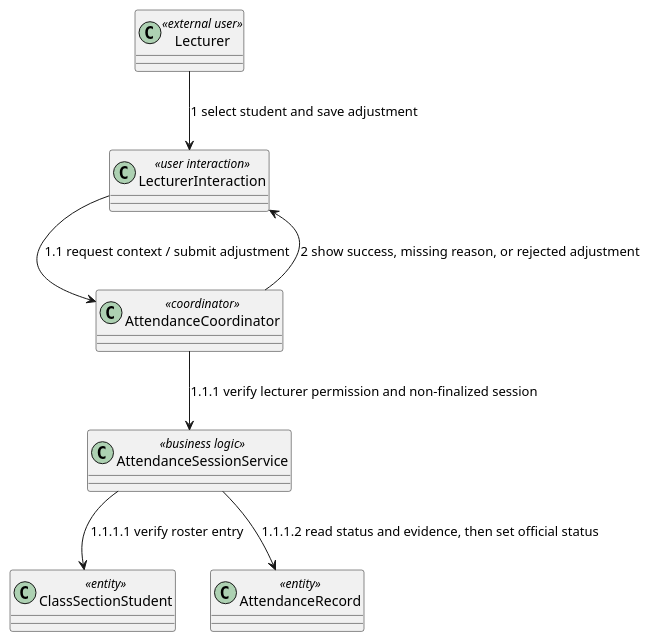
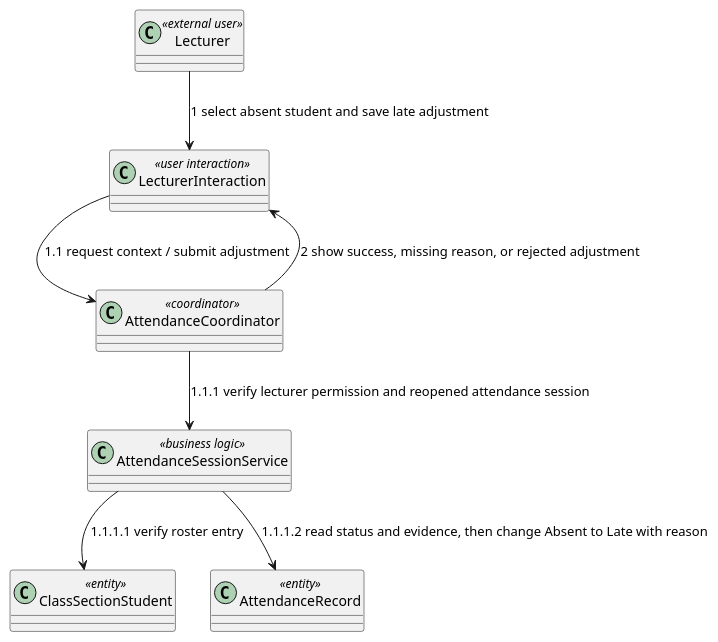
Before and after one commit to nttung42/SWD392: diagram 20 of 26 in docs/rds/2_Analysis.md, drawn with PlantUML. The commit also changed other lines of this file and 2 other files, not shown here.

````diff
--- a/docs/rds/2_Analysis.md
+++ b/docs/rds/2_Analysis.md
@@ -908,17 +931,17 @@
 ```plantuml
 @startuml
 class "Lecturer" as Lecturer <<external user>>
 class "LecturerInteraction" as LecturerUI <<user interaction>>
 class "AttendanceCoordinator" as AdjustmentControl <<coordinator>>
 class "AttendanceSessionService" as SessionRules <<business logic>>
 class "ClassSectionStudent" as ClassSectionStudent <<entity>>
 class "AttendanceRecord" as AttendanceRecord <<entity>>
 
-Lecturer --> LecturerUI : 1 select student and save adjustment
+Lecturer --> LecturerUI : 1 select absent student and save late adjustment
 LecturerUI --> AdjustmentControl : 1.1 request context / submit adjustment
-AdjustmentControl --> SessionRules : 1.1.1 verify lecturer permission and non-finalized session
+AdjustmentControl --> SessionRules : 1.1.1 verify lecturer permission and reopened attendance session
 SessionRules --> ClassSectionStudent : 1.1.1.1 verify roster entry
-SessionRules --> AttendanceRecord : 1.1.1.2 read status and evidence, then set official status
+SessionRules --> AttendanceRecord : 1.1.1.2 read status and evidence, then change Absent to Late with reason
 AdjustmentControl --> LecturerUI : 2 show success, missing reason, or rejected adjustment
 @enduml
 ```
````
